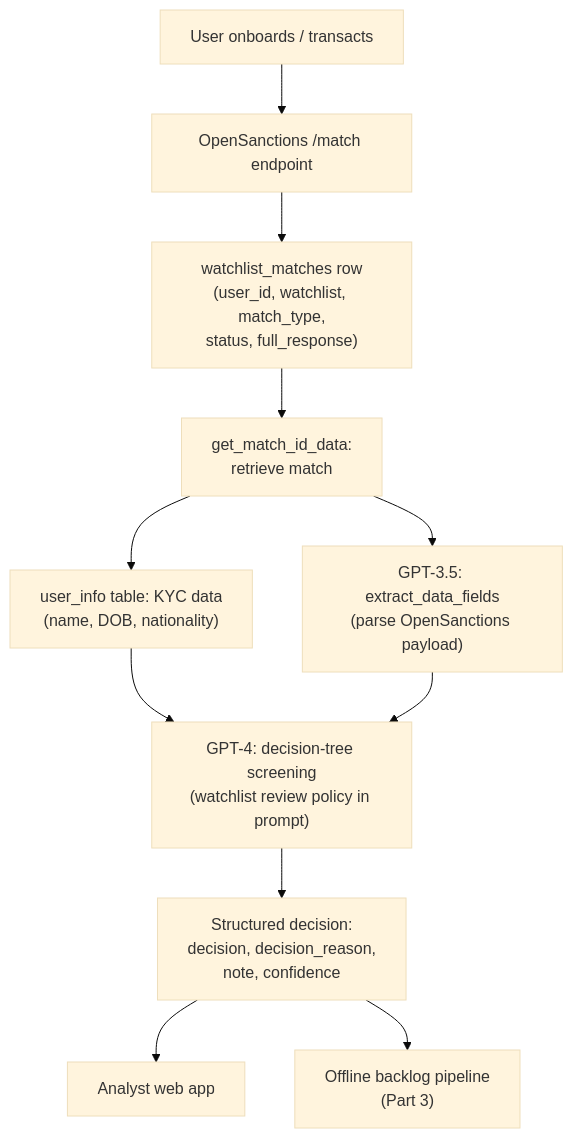
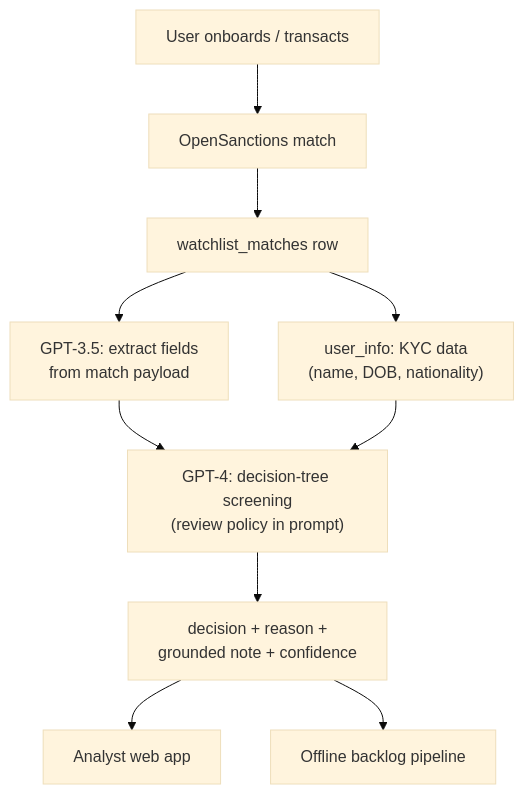
One commit to pradhann/np changed the second of 2 diagrams in content/work/screengpt-the-system.mdx. Above: the diagram before and after it, drawn with Mermaid (base theme). The commit also changed other lines of this file and 9 other files, not shown here.

````diff
--- a/content/work/screengpt-the-system.mdx
+++ b/content/work/screengpt-the-system.mdx
@@ -102,13 +64,12 @@
 ```mermaid
 flowchart TD
-    A["User onboards / transacts"] --> B["OpenSanctions /match endpoint"]
-    B --> C["watchlist_matches row<br/>(user_id, watchlist, match_type,<br/>status, full_response)"]
-    C --> D["get_match_id_data:<br/>retrieve match"]
-    D --> E["user_info table: KYC data<br/>(name, DOB, nationality)"]
-    D --> F["GPT-3.5: extract_data_fields<br/>(parse OpenSanctions payload)"]
-    E --> G["GPT-4: decision-tree screening<br/>(watchlist review policy in prompt)"]
-    F --> G
-    G --> H["Structured decision:<br/>decision, decision_reason,<br/>note, confidence"]
-    H --> I["Analyst web app"]
-    H --> J["Offline backlog pipeline<br/>(Part 3)"]
+    A["User onboards / transacts"] --> B["OpenSanctions match"]
+    B --> C["watchlist_matches row"]
+    C --> D["GPT-3.5: extract fields<br/>from match payload"]
+    C --> E["user_info: KYC data<br/>(name, DOB, nationality)"]
+    D --> F["GPT-4: decision-tree screening<br/>(review policy in prompt)"]
+    E --> F
+    F --> G["decision + reason +<br/>grounded note + confidence"]
+    G --> H["Analyst web app"]
+    G --> I["Offline backlog pipeline"]
 ```
````
